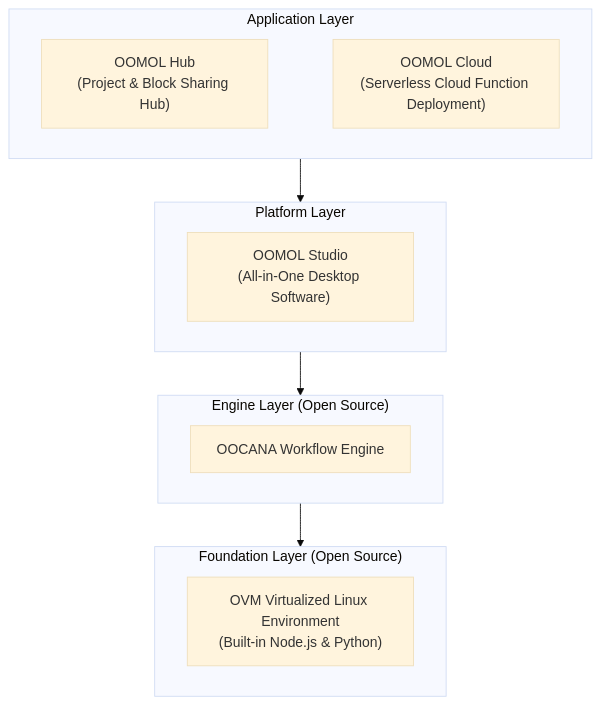
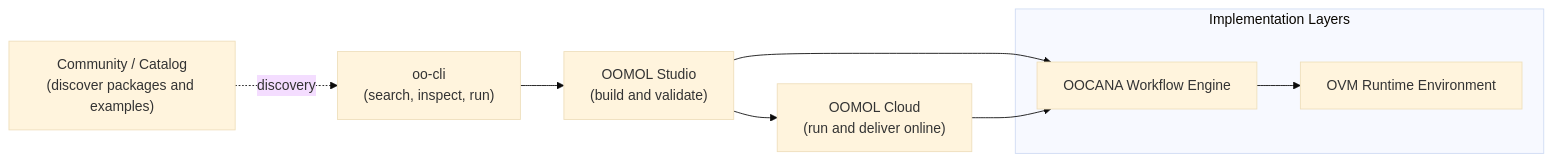
One commit to oomol/oomol.com changed the diagram in docs/overview.mdx. Above: the diagram before and after it, drawn with Mermaid (base theme). The commit also changed other lines of this file and 77 other files, not shown here.

First line of the commit message:
[codex] Publish pending CLI, docs, and OOMOL AI site updates (#310)

````diff
--- a/docs/overview.mdx
+++ b/docs/overview.mdx
@@ -67,22 +81,15 @@
 ```mermaid
-graph TB
-    subgraph Layer4["Application Layer"]
-        Hub["OOMOL Hub<br/>(Project & Block Sharing Hub)"] ~~~ Cloud["OOMOL Cloud<br/>(Serverless Cloud Function Deployment)"]
+graph LR
+    Community["Community / Catalog<br/>(discover packages and examples)"] -. discovery .-> CLI["oo-cli<br/>(search, inspect, run)"]
+    CLI --> Studio["OOMOL Studio<br/>(build and validate)"]
+    Studio --> Cloud["OOMOL Cloud<br/>(run and deliver online)"]
+
+    subgraph Foundation["Implementation Layers"]
+        OOCANA["OOCANA Workflow Engine"]
+        OVM["OVM Runtime Environment"]
     end
 
-    subgraph Layer3["Platform Layer"]
-        Studio["OOMOL Studio<br/>(All-in-One Desktop Software)"]
-    end
-
-    subgraph Layer2["Engine Layer (Open Source)"]
-        Oocana["OOCANA Workflow Engine"]
-    end
-
-    subgraph Layer1["Foundation Layer (Open Source)"]
-        OVM["OVM Virtualized Linux Environment<br/>(Built-in Node.js & Python)"]
-    end
-
-    Layer4 --> Layer3
-    Layer3 --> Layer2
-    Layer2 --> Layer1
+    Studio --> OOCANA
+    Cloud --> OOCANA
+    OOCANA --> OVM
 ```
````
